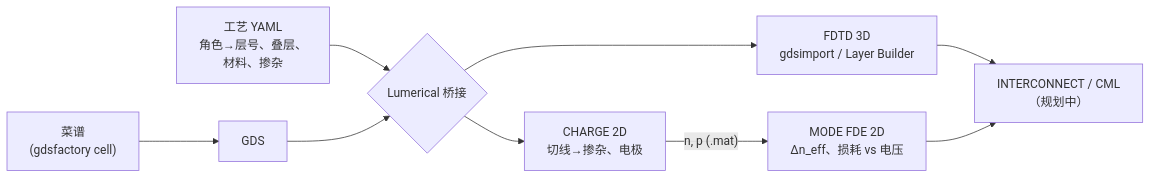
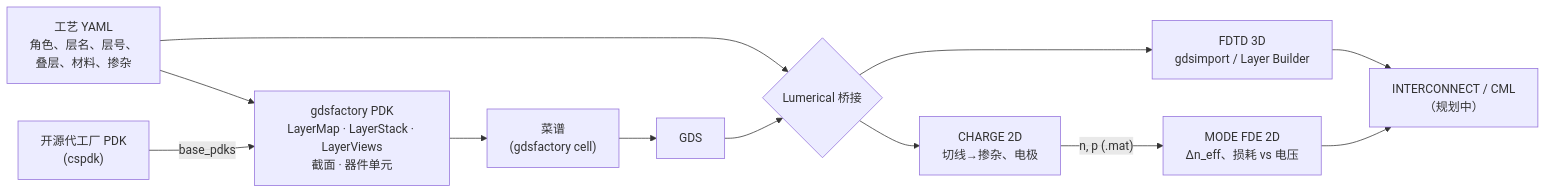
Before and after one commit to q3430468220-tech/photonics-layout-cookbook: the diagram in README_zh-CN.md, drawn with Mermaid. The commit also changed other lines of this file and 25 other files, not shown here.

Commit message:
Add PDK lesson: hand-written + generated CORNERSTONE active PDK extending cspdk

````diff
--- a/README_zh-CN.md
+++ b/README_zh-CN.md
@@ -39,11 +41,14 @@
 ```mermaid
 flowchart LR
-    A["菜谱<br/>(gdsfactory cell)"] --> B["GDS"]
-    P["工艺 YAML<br/>角色→层号、叠层、<br/>材料、掺杂"] --> C
+    Y["工艺 YAML<br/>角色、层名、层号、<br/>叠层、材料、掺杂"] --> K["gdsfactory PDK<br/>LayerMap · LayerStack · LayerViews<br/>截面 · 器件单元"]
+    U["开源代工厂 PDK<br/>(cspdk)"] -- "base_pdks" --> K
+    K --> A["菜谱<br/>(gdsfactory cell)"]
+    A --> B["GDS"]
+    Y --> C
     B --> C{"Lumerical 桥接"}
     C --> D["FDTD 3D<br/>gdsimport / Layer Builder"]
     C --> E["CHARGE 2D<br/>切线→掺杂、电极"]
     E -- "n, p (.mat)" --> F["MODE FDE 2D<br/>Δn_eff、损耗 vs 电压"]
     D --> G["INTERCONNECT / CML<br/>（规划中）"]
     F --> G
 ```
````
